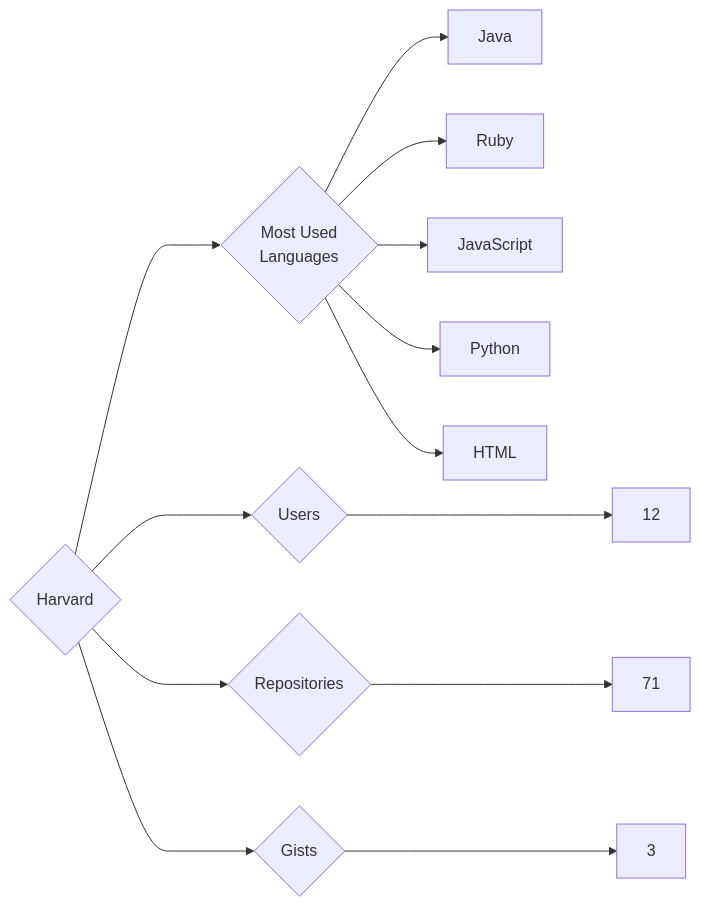
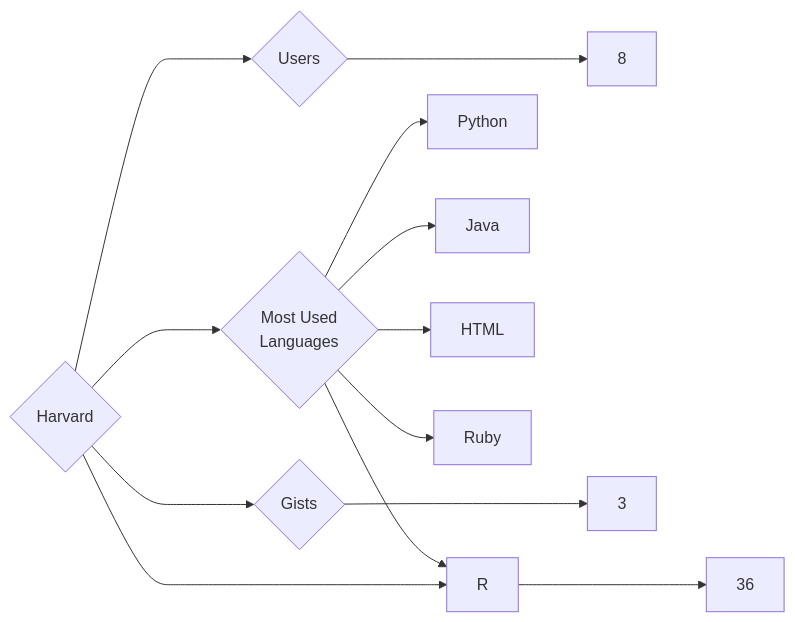
One commit to trickest/insiders changed the diagram in targets/Harvard/README.md. Above: the diagram before and after it, drawn with Mermaid. The commit also changed 1020 other files, not shown here.

````diff
--- a/targets/Harvard/README.md
+++ b/targets/Harvard/README.md
@@ -3,13 +3,13 @@
 ```mermaid
 graph LR
 COMPANY_NAME{Harvard}
-COMPANY_NAME ---> U{Users} ---> UN[12]
-COMPANY_NAME ---> R{Repositories} ---> RN[71]
+COMPANY_NAME ---> U{Users} ---> UN[8]
+COMPANY_NAME ---> R{Repositories} ---> RN[36]
 COMPANY_NAME ---> G{Gists} ---> GN[3]
 COMPANY_NAME ---> ML{Most Used<br>Languages}
+ML --> Python[Python]
 ML --> Java[Java]
+ML --> R[R]
+ML --> HTML[HTML]
 ML --> Ruby[Ruby]
-ML --> JavaScript[JavaScript]
-ML --> Python[Python]
-ML --> HTML[HTML]
 ```
````
